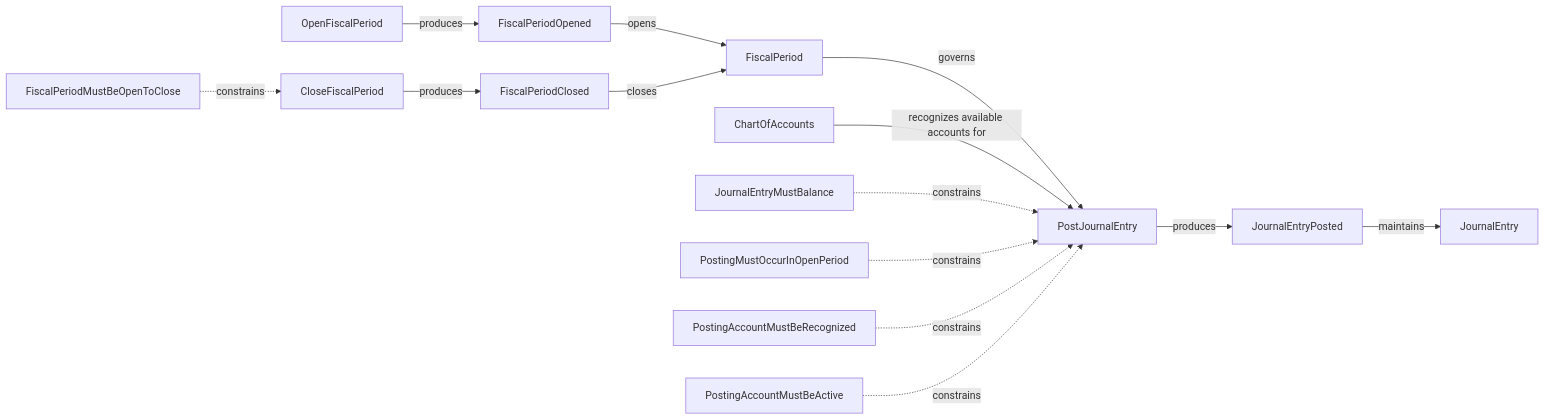
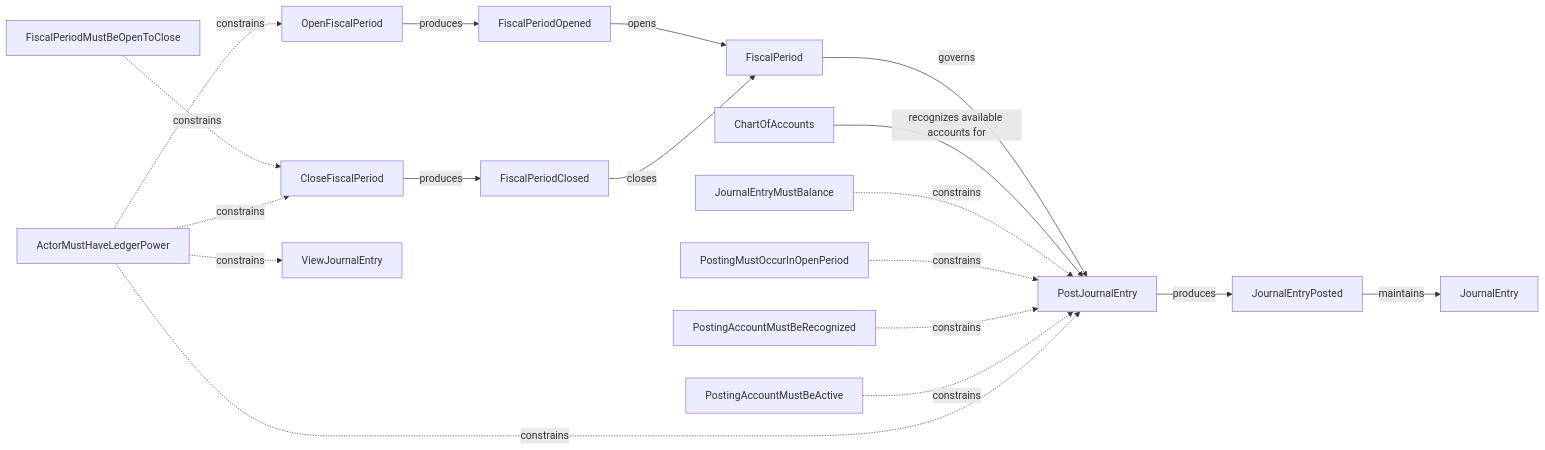
Before and after one commit to runemalm/acc-dotnet: the diagram in src/ACC.Ledger/README.md, drawn with Mermaid. The commit also changed other lines of this file and 138 other files, not shown here.

````diff
--- a/src/ACC.Ledger/README.md
+++ b/src/ACC.Ledger/README.md
@@ -11,37 +11,41 @@
 ```mermaid
 flowchart LR
 
     PostJournalEntry["PostJournalEntry"]
     OpenFiscalPeriod["OpenFiscalPeriod"]
     CloseFiscalPeriod["CloseFiscalPeriod"]
     JournalEntryPosted["JournalEntryPosted"]
     FiscalPeriodOpened["FiscalPeriodOpened"]
     FiscalPeriodClosed["FiscalPeriodClosed"]
 
     JournalEntry["JournalEntry"]
     FiscalPeriod["FiscalPeriod"]
     ChartOfAccounts["ChartOfAccounts"]
 
     JournalEntryMustBalance["JournalEntryMustBalance"]
     PostingMustOccurInOpenPeriod["PostingMustOccurInOpenPeriod"]
     PostingAccountMustBeRecognized["PostingAccountMustBeRecognized"]
     PostingAccountMustBeActive["PostingAccountMustBeActive"]
     FiscalPeriodMustBeOpenToClose["FiscalPeriodMustBeOpenToClose"]
 
     PostJournalEntry -->|produces| JournalEntryPosted
     OpenFiscalPeriod -->|produces| FiscalPeriodOpened
     CloseFiscalPeriod -->|produces| FiscalPeriodClosed
 
     JournalEntryPosted -->|maintains| JournalEntry
     FiscalPeriodOpened -->|opens| FiscalPeriod
     FiscalPeriodClosed -->|closes| FiscalPeriod
 
     FiscalPeriod -->|governs| PostJournalEntry
     ChartOfAccounts -->|recognizes available accounts for| PostJournalEntry
 
     JournalEntryMustBalance -. constrains .-> PostJournalEntry
     PostingMustOccurInOpenPeriod -. constrains .-> PostJournalEntry
     PostingAccountMustBeRecognized -. constrains .-> PostJournalEntry
     PostingAccountMustBeActive -. constrains .-> PostJournalEntry
     FiscalPeriodMustBeOpenToClose -. constrains .-> CloseFiscalPeriod
+    ActorMustHaveLedgerPower -. constrains .-> OpenFiscalPeriod
+    ActorMustHaveLedgerPower -. constrains .-> CloseFiscalPeriod
+    ActorMustHaveLedgerPower -. constrains .-> PostJournalEntry
+    ActorMustHaveLedgerPower -. constrains .-> ViewJournalEntry
 ```
````
